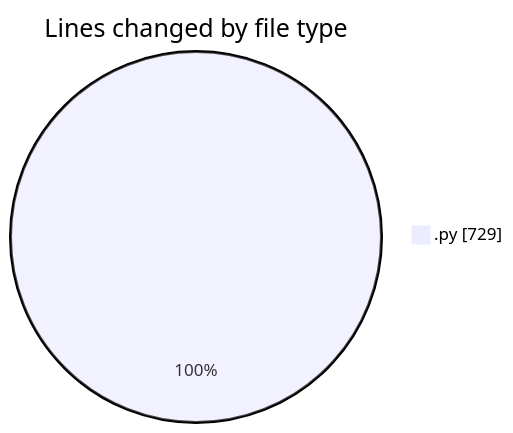
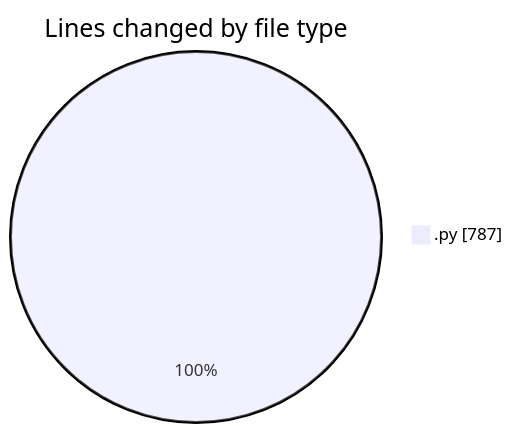
One commit to MatusMokan/code-tracking changed the first of 2 diagrams in 2025-03-08/myws__workspace_/README.md. Above: the diagram before and after it, drawn with Mermaid. The commit also changed other lines of this file and 1 other file, not shown here.

````diff
--- a/2025-03-08/myws__workspace_/README.md
+++ b/2025-03-08/myws__workspace_/README.md
@@ -20,5 +20,5 @@
 ```mermaid
 pie showData
 title Lines changed by file type
-".py" : 729
+".py" : 787
 ```
````
